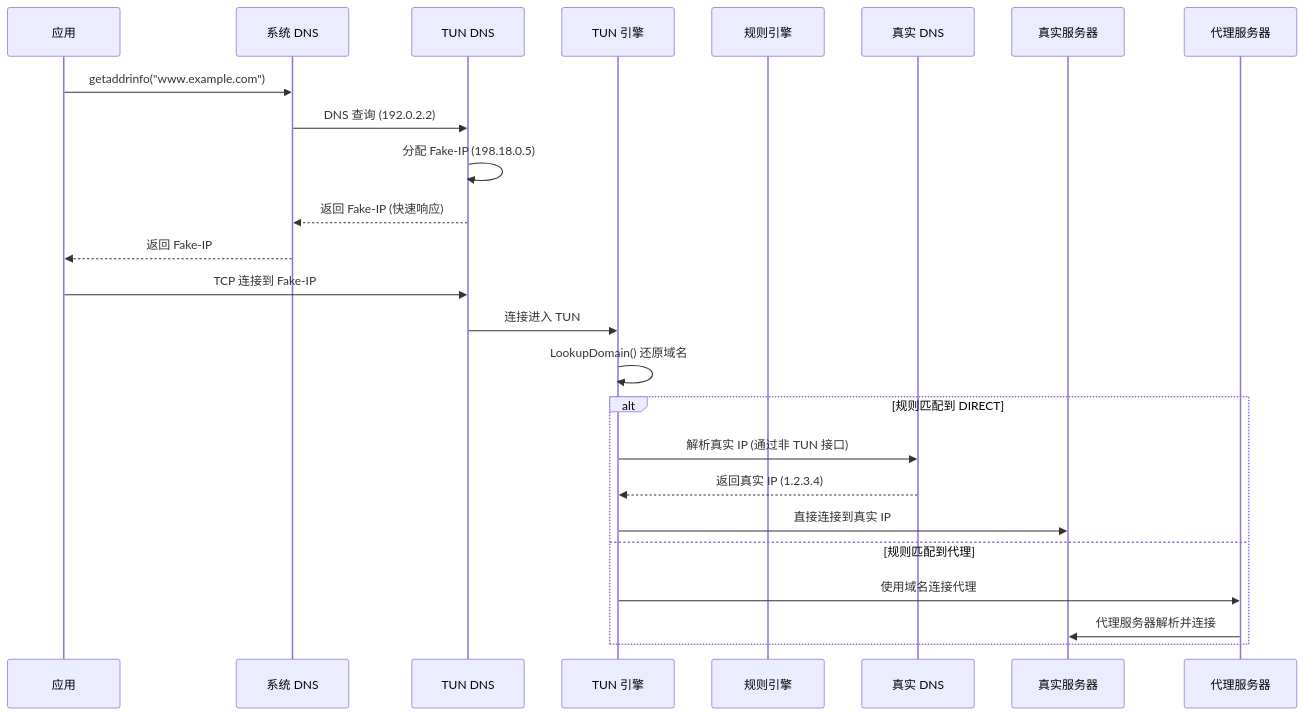
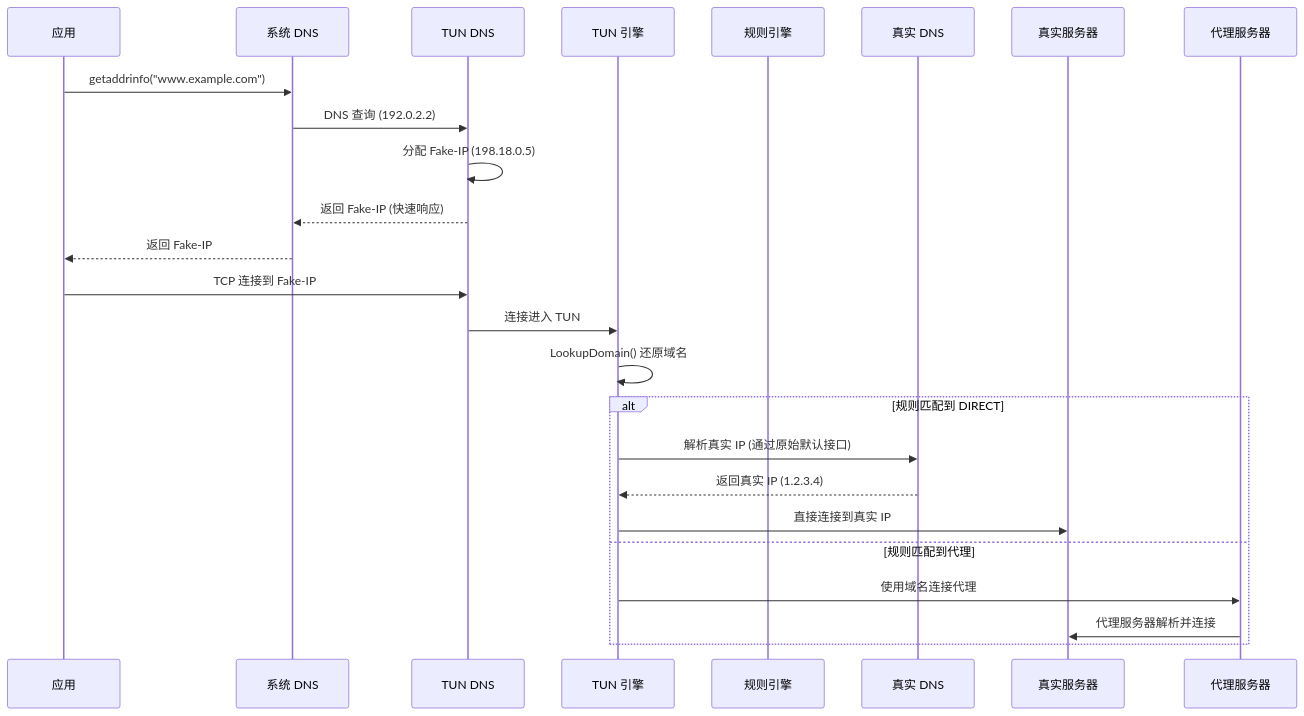
Before and after one commit to whipfeng/phaethon: the diagram in docs/plans/tun_dns_sync_resolve_design.md, drawn with Mermaid. The commit also changed other lines of this file and 2 other files, not shown here.

````diff
--- a/docs/plans/tun_dns_sync_resolve_design.md
+++ b/docs/plans/tun_dns_sync_resolve_design.md
@@ -40,30 +40,30 @@
 ```mermaid
 sequenceDiagram
     participant App as 应用
     participant SysDNS as 系统 DNS
     participant TUNDNS as TUN DNS
     participant Engine as TUN 引擎
     participant RuleEngine as 规则引擎
     participant RealDNS as 真实 DNS
     participant Server as 真实服务器
     participant Proxy as 代理服务器
 
     App->>SysDNS: getaddrinfo("www.example.com")
     SysDNS->>TUNDNS: DNS 查询 (192.0.2.2)
     TUNDNS->>TUNDNS: 分配 Fake-IP (198.18.0.5)
     TUNDNS-->>SysDNS: 返回 Fake-IP (快速响应)
     SysDNS-->>App: 返回 Fake-IP
     
     App->>TUNDNS: TCP 连接到 Fake-IP
     TUNDNS->>Engine: 连接进入 TUN
     Engine->>Engine: LookupDomain() 还原域名
     
     alt 规则匹配到 DIRECT
-        Engine->>RealDNS: 解析真实 IP (通过非 TUN 接口)
+        Engine->>RealDNS: 解析真实 IP (通过原始默认接口)
         RealDNS-->>Engine: 返回真实 IP (1.2.3.4)
         Engine->>Server: 直接连接到真实 IP
     else 规则匹配到代理
         Engine->>Proxy: 使用域名连接代理
         Proxy->>Server: 代理服务器解析并连接
     end
 ```
````
